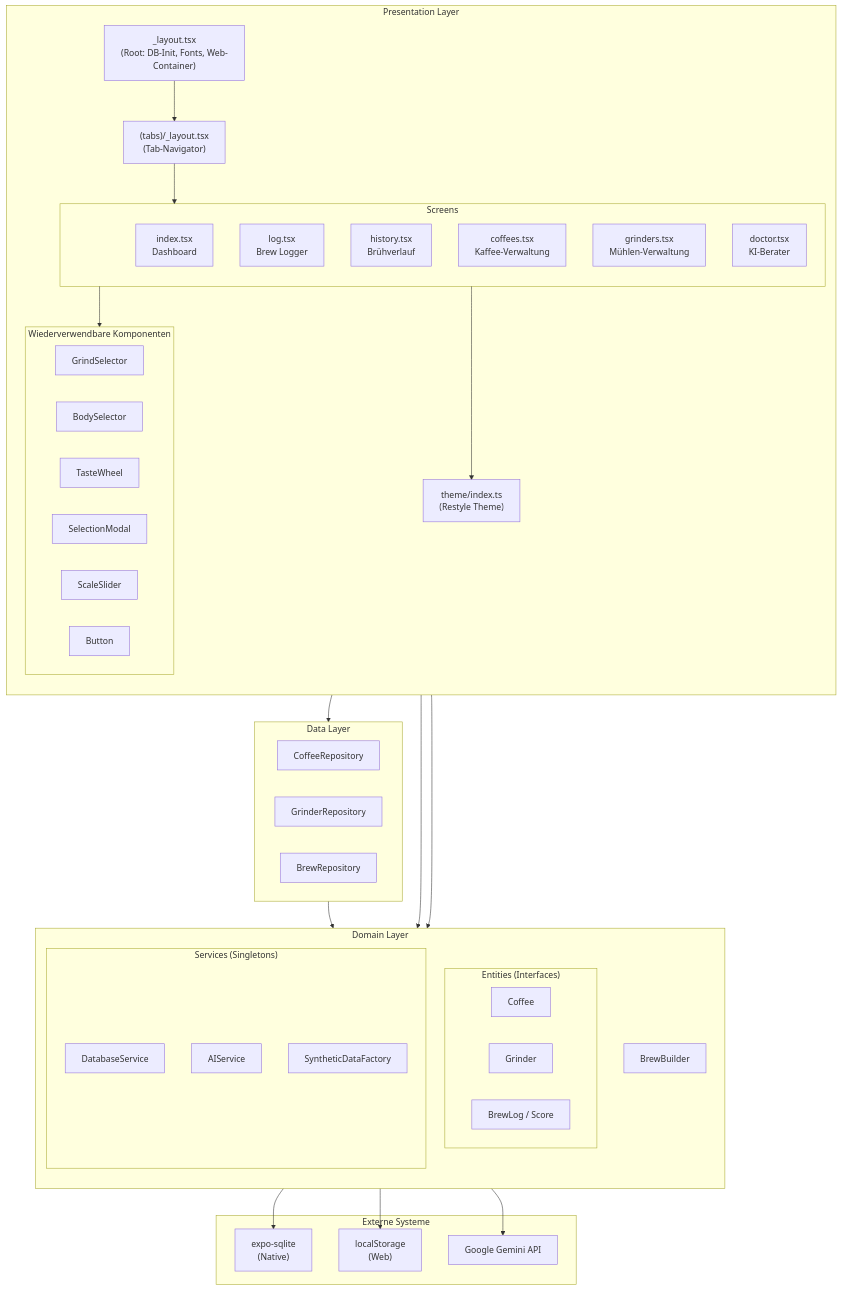
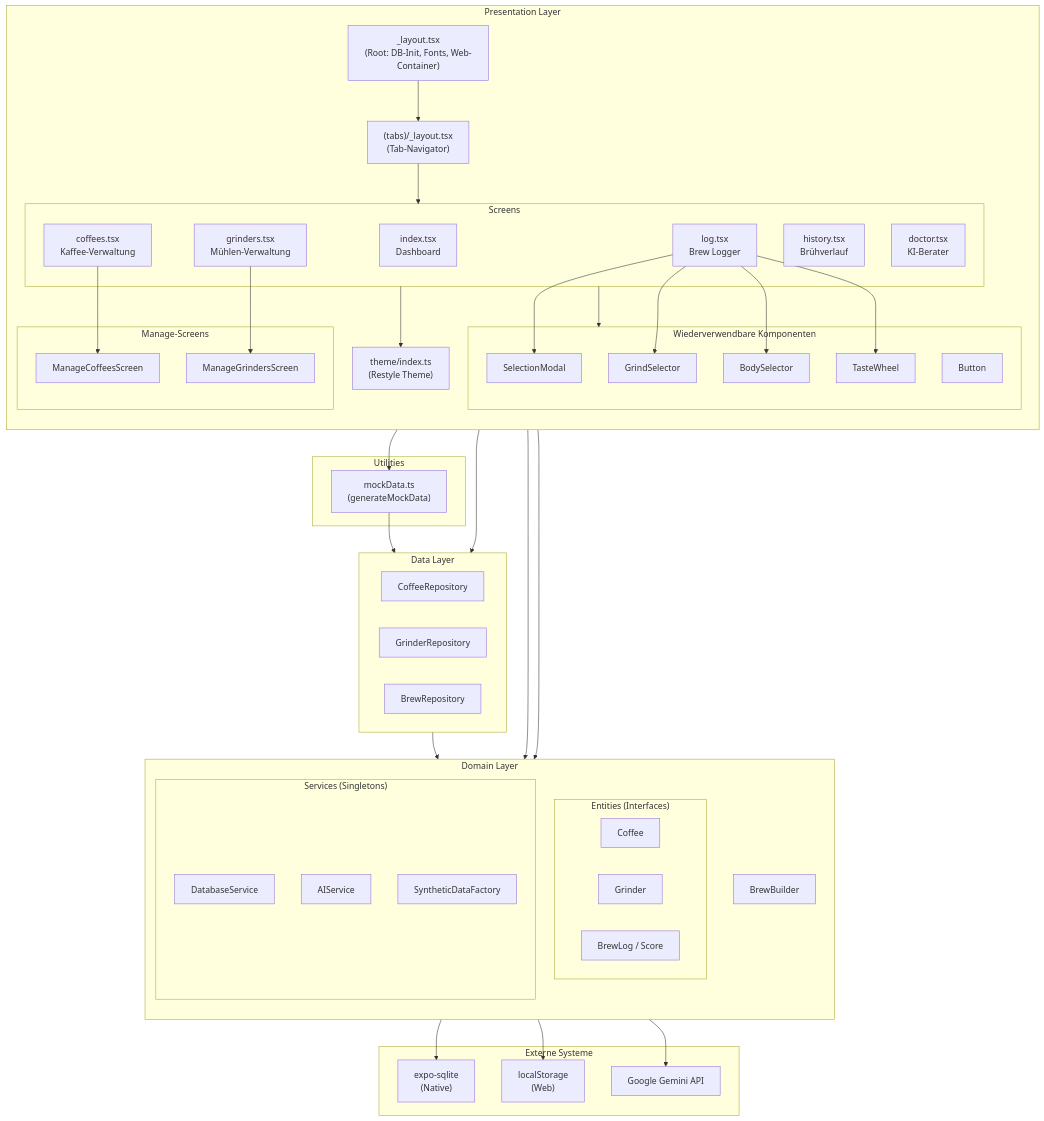
One commit to zobe03/Coffee-app changed the second of 4 diagrams in README.md. Above: the diagram before and after it, drawn with Mermaid. The commit also changed other lines of this file, not shown here.

Commit message:
neie diagramme

```diff
--- a/README.md
+++ b/README.md
@@ -439,8 +462,12 @@
             BodySel["BodySelector"]
             TasteW["TasteWheel"]
             SelModal["SelectionModal"]
-            ScaleS["ScaleSlider"]
             Btn["Button"]
+        end
+
+        subgraph ManageScreens["Manage-Screens"]
+            ManageCoffees["ManageCoffeesScreen"]
+            ManageGrinders["ManageGrindersScreen"]
         end
 
         Theme["theme/index.ts<br/>(Restyle Theme)"]
@@ -469,6 +496,10 @@
         BrewRepo["BrewRepository"]
     end
 
+    subgraph Utils["Utilities"]
+        MockData["mockData.ts<br/>(generateMockData)"]
+    end
+
     subgraph External["Externe Systeme"]
         SQLite["expo-sqlite<br/>(Native)"]
         LocalStorage["localStorage<br/>(Web)"]
@@ -479,10 +510,18 @@
     TabLayout --> Screens
     Screens --> Components
     Screens --> Theme
+    Coffees --> ManageCoffees
+    Grinders --> ManageGrinders
 
     Log --> Builder
+    Log --> SelModal
+    Log --> GrindSel
+    Log --> BodySel
+    Log --> TasteW
     Doctor --> AIServ
+    Doctor --> MockData
     Screens --> Data
+    MockData --> Data
 
     Data --> DBService
     DBService --> SQLite
```
